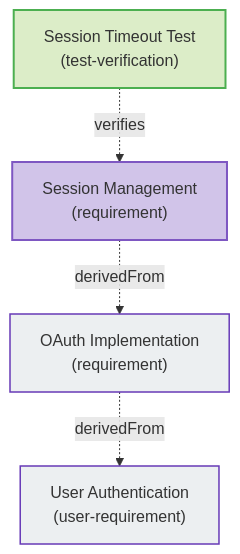
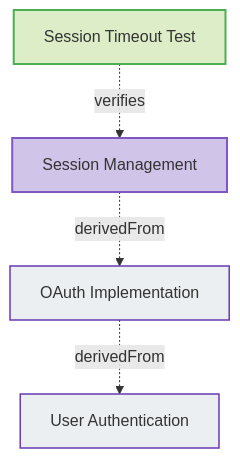
Before and after one commit to reqvire-org/reqvire: the second of 6 diagrams in tests/test-verification-traces/expected_redundant_output.md, drawn with Mermaid. The commit also changed other lines of this file and 137 other files, not shown here.

First line of the commit message:
Add attachment display to diagrams and fix navigation button removal

````diff
--- a/tests/test-verification-traces/expected_redundant_output.md
+++ b/tests/test-verification-traces/expected_redundant_output.md
@@ -37,20 +37,20 @@
 ```mermaid
 graph TD
   classDef userRequirement fill:#D1C4E9,stroke:#7E57C2,stroke-width:2px;
   classDef systemRequirement fill:#E1D8EE,stroke:#673AB7,stroke-width:1.5px;
   classDef requirement fill:#ECEFF1,stroke:#673AB7,stroke-width:1.5px;
   classDef verified fill:#D1C4E9,stroke:#7E57C2,stroke-width:2px;
   classDef verification fill:#DCEDC8,stroke:#4CAF50,stroke-width:2px;
 
-  473f7ef449cf9463["Session Timeout Test<br>(test-verification)"]:::verification
+  473f7ef449cf9463["Session Timeout Test"]:::verification
   click 473f7ef449cf9463 "specifications/Verifications/Tests.md#session-timeout-test";
-  5a755bb51a740c10["Session Management<br>(requirement)"]:::verified
+  5a755bb51a740c10["Session Management"]:::verified
   click 5a755bb51a740c10 "specifications/SystemRequirements.md#session-management";
   473f7ef449cf9463 -.->|verifies| 5a755bb51a740c10;
-  d5a439e4972ea591["OAuth Implementation<br>(requirement)"]:::requirement
+  d5a439e4972ea591["OAuth Implementation"]:::requirement
   click d5a439e4972ea591 "specifications/SystemRequirements.md#oauth-implementation";
   5a755bb51a740c10 -.->|derivedFrom| d5a439e4972ea591;
-  2934ea21a1d898a3["User Authentication<br>(user-requirement)"]:::requirement
+  2934ea21a1d898a3["User Authentication"]:::requirement
   click 2934ea21a1d898a3 "specifications/UserRequirements.md#user-authentication";
   d5a439e4972ea591 -.->|derivedFrom| 2934ea21a1d898a3;
 ```
````
